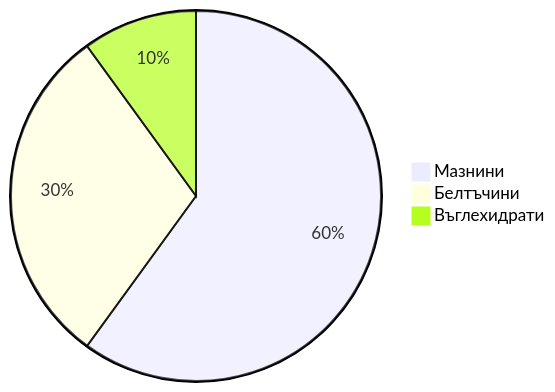
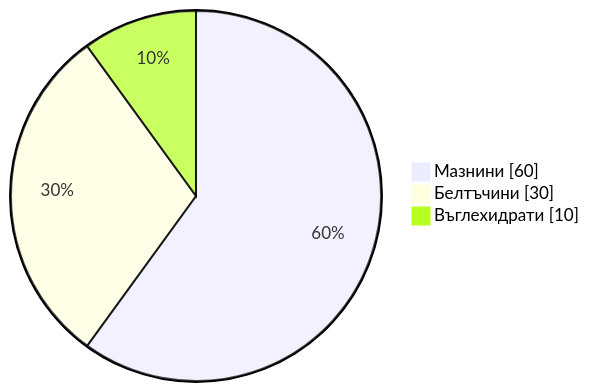
Before and after one commit to ChatrixOne/blog.chatrix.one: the first of 2 diagrams in content/bg/posts/meet-markdown.md, drawn with Mermaid. The commit also changed other lines of this file and 7 other files, not shown here.

Commit message:
Fix Picture Paths and Mermaid Charts

````diff
--- a/content/bg/posts/meet-markdown.md
+++ b/content/bg/posts/meet-markdown.md
@@ -364,6 +364,6 @@
 ```mermaid
-pie
-"Мазнини" : 60
-"Белтъчини" : 30
-"Въглехидрати" : 10
+pie showData
+    "Мазнини" : 60
+    "Белтъчини" : 30
+    "Въглехидрати" : 10
 ```
````
